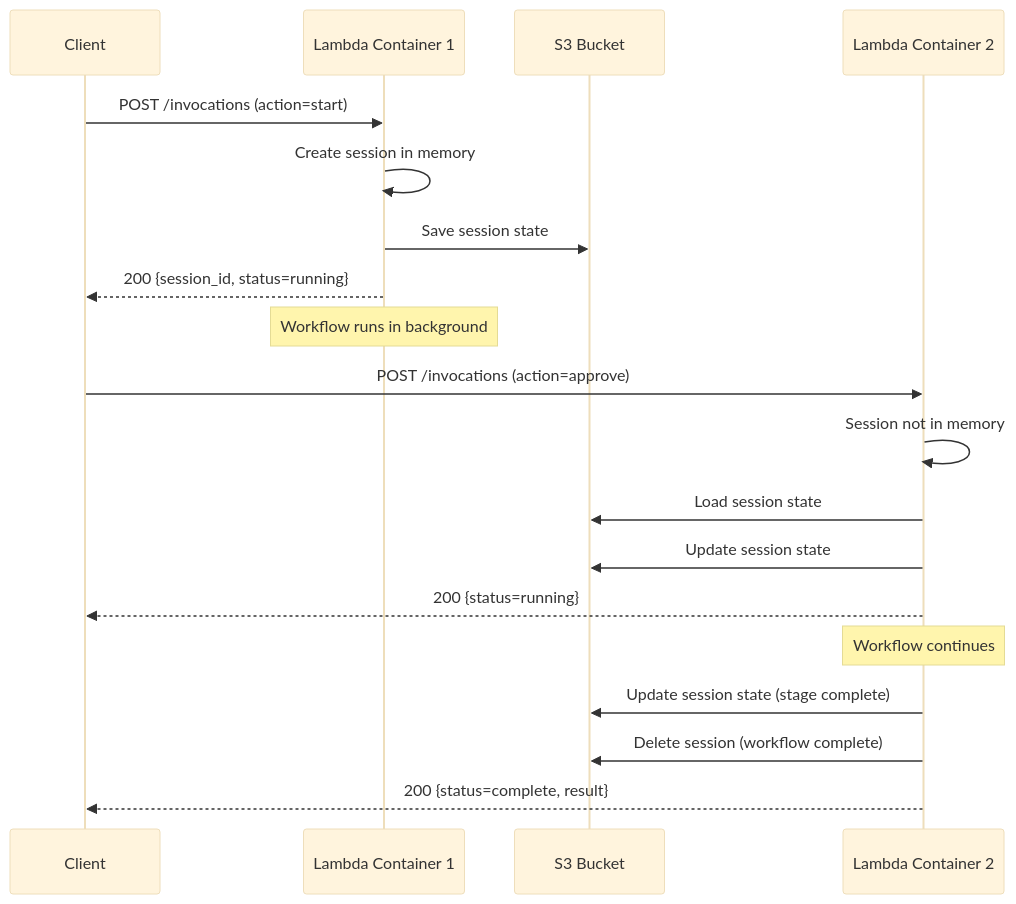
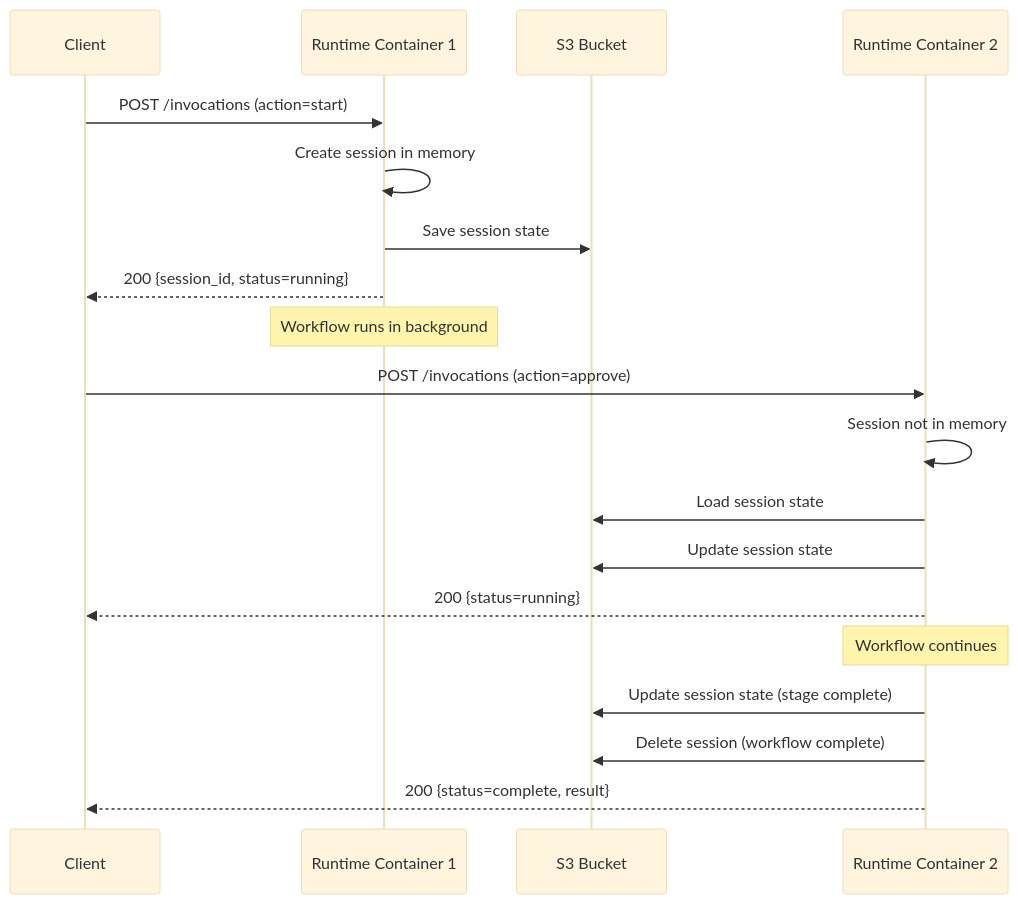
Before and after one commit to ukrsite/aws-sagents-dlc: the diagram in docs/agentcore_s3_deployment.md, drawn with Mermaid (base theme). The commit also changed other lines of this file and 11 other files, not shown here.

````diff
--- a/docs/agentcore_s3_deployment.md
+++ b/docs/agentcore_s3_deployment.md
@@ -144,26 +144,26 @@
 ```mermaid
 sequenceDiagram
     participant Client
-    participant Lambda1 as Lambda Container 1
+    participant Runtime1 as Runtime Container 1
     participant S3 as S3 Bucket
-    participant Lambda2 as Lambda Container 2
+    participant Runtime2 as Runtime Container 2
 
-    Client->>Lambda1: POST /invocations (action=start)
-    Lambda1->>Lambda1: Create session in memory
-    Lambda1->>S3: Save session state
-    Lambda1-->>Client: 200 {session_id, status=running}
+    Client->>Runtime1: POST /invocations (action=start)
+    Runtime1->>Runtime1: Create session in memory
+    Runtime1->>S3: Save session state
+    Runtime1-->>Client: 200 {session_id, status=running}
 
-    Note over Lambda1: Workflow runs in background
+    Note over Runtime1: Workflow runs in background
 
-    Client->>Lambda2: POST /invocations (action=approve)
-    Lambda2->>Lambda2: Session not in memory
-    Lambda2->>S3: Load session state
-    Lambda2->>S3: Update session state
-    Lambda2-->>Client: 200 {status=running}
+    Client->>Runtime2: POST /invocations (action=approve)
+    Runtime2->>Runtime2: Session not in memory
+    Runtime2->>S3: Load session state
+    Runtime2->>S3: Update session state
+    Runtime2-->>Client: 200 {status=running}
 
-    Note over Lambda2: Workflow continues
+    Note over Runtime2: Workflow continues
 
-    Lambda2->>S3: Update session state (stage complete)
-    Lambda2->>S3: Delete session (workflow complete)
-    Lambda2-->>Client: 200 {status=complete, result}
+    Runtime2->>S3: Update session state (stage complete)
+    Runtime2->>S3: Delete session (workflow complete)
+    Runtime2-->>Client: 200 {status=complete, result}
 ```
````
